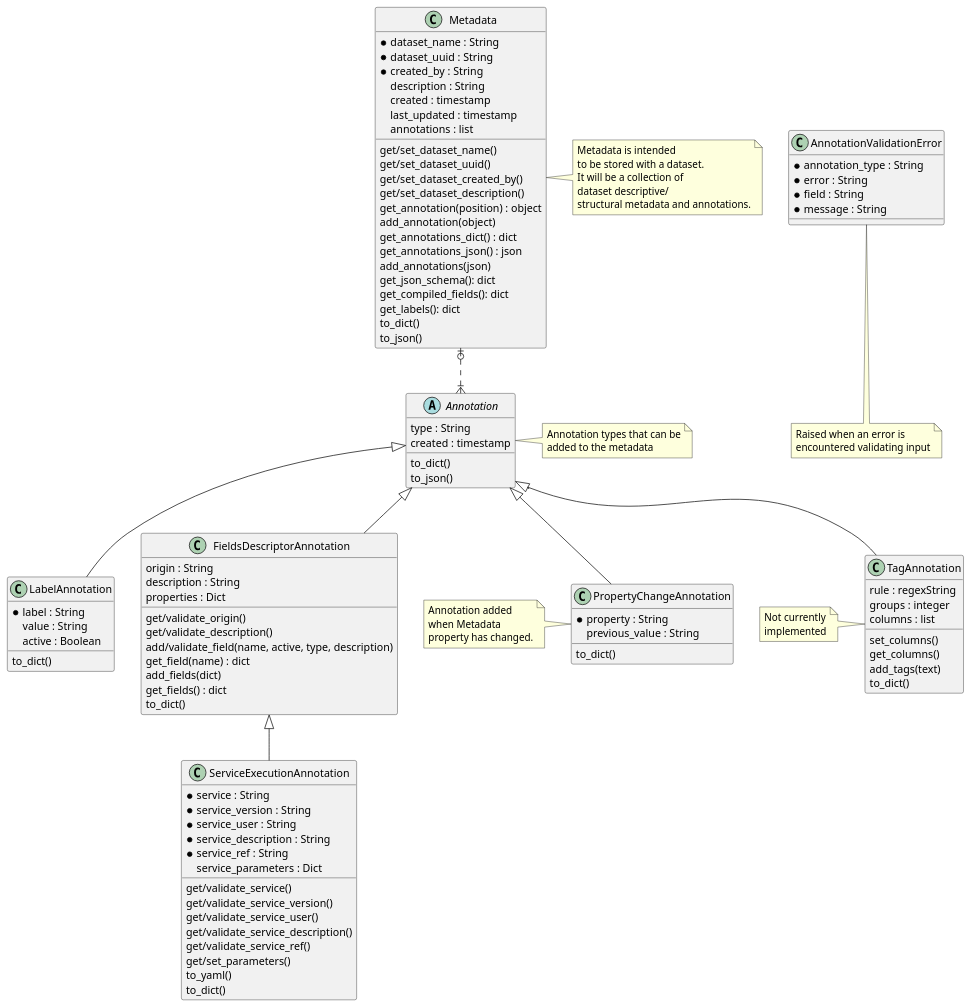
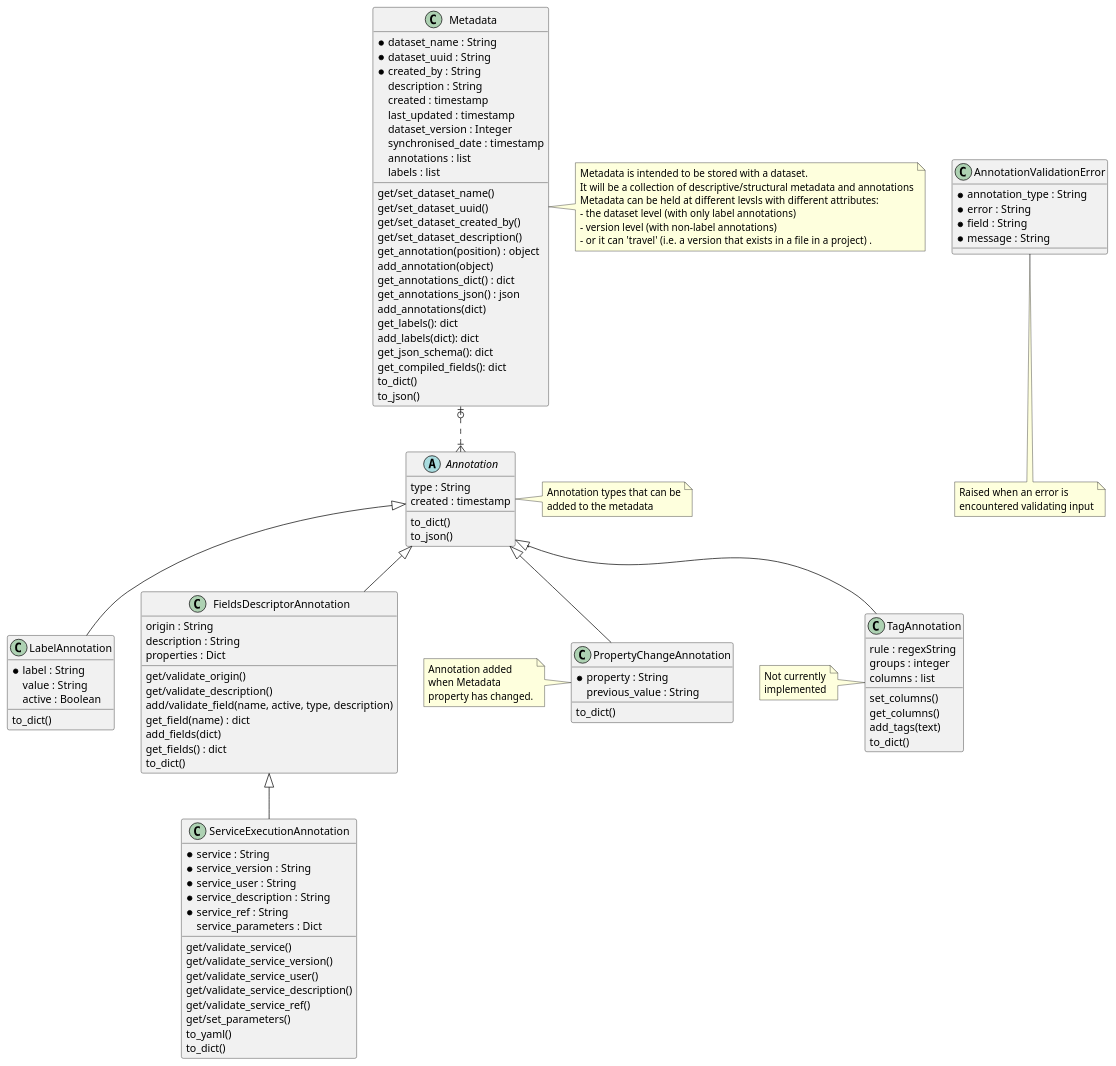
Before and after one commit to InformaticsMatters/squonk2-data-manager-metadata: the diagram in docs/data-manager-metadata.puml, drawn with PlantUML. The commit also changed 6 other files, not shown here.

```diff
--- a/docs/data-manager-metadata.puml
+++ b/docs/data-manager-metadata.puml
@@ -1,105 +1,109 @@
 @startuml
 class Metadata {
     *dataset_name : String
     *dataset_uuid : String
     *created_by : String
     description : String
     created : timestamp
     last_updated : timestamp
+    dataset_version : Integer
+    synchronised_date : timestamp
     annotations : list
+    labels : list
     get/set_dataset_name()
     get/set_dataset_uuid()
     get/set_dataset_created_by()
     get/set_dataset_description()
     get_annotation(position) : object
     add_annotation(object)
     get_annotations_dict() : dict
     get_annotations_json() : json
-    add_annotations(json)
+    add_annotations(dict)
+    get_labels(): dict
+    add_labels(dict): dict
     get_json_schema(): dict
     get_compiled_fields(): dict
-    get_labels(): dict
     to_dict()
     to_json()
 }
-note right: Metadata is intended\nto be stored with a dataset.\nIt will be a collection of\ndataset descriptive/\nstructural metadata and annotations.
+note right: Metadata is intended to be stored with a dataset.\nIt will be a collection of descriptive/structural metadata and annotations\nMetadata can be held at different levsls with different attributes:\n- the dataset level (with only label annotations)\n- version level (with non-label annotations)\n- or it can 'travel' (i.e. a version that exists in a file in a project)  .
 
 abstract class Annotation {
     type : String
     created : timestamp
     to_dict()
     to_json()
 }
 note right: Annotation types that can be\nadded to the metadata
 
 class PropertyChangeAnnotation {
     *property : String
     previous_value : String
     to_dict()
 }
 note left: Annotation added\nwhen Metadata\nproperty has changed.
 
 class LabelAnnotation {
     *label : String
     value : String
     active : Boolean
     to_dict()
 }
 
 class TagAnnotation {
     rule : regexString
     groups : integer
     columns : list
     set_columns()
     get_columns()
     add_tags(text)
     to_dict()
 }
 note left: Not currently\nimplemented
 
 class FieldsDescriptorAnnotation {
     origin : String
     description : String
     properties : Dict
     get/validate_origin()
     get/validate_description()
     add/validate_field(name, active, type, description)
     get_field(name) : dict
     add_fields(dict)
     get_fields() : dict
     to_dict()
 }
 
 class ServiceExecutionAnnotation {
     *service : String
     *service_version : String
     *service_user : String
     *service_description : String
     *service_ref : String
     service_parameters : Dict
     get/validate_service()
     get/validate_service_version()
     get/validate_service_user()
     get/validate_service_description()
     get/validate_service_ref()
     get/set_parameters()
     to_yaml()
     to_dict()
 }
 
 class AnnotationValidationError  {
     *annotation_type : String
     *error : String
     *field : String
     *message : String
 }
 note bottom: Raised when an error is\nencountered validating input
 
 
 Metadata  |o..|{   Annotation
 Annotation <|-- LabelAnnotation
 Annotation <|-- PropertyChangeAnnotation
 Annotation <|-- FieldsDescriptorAnnotation
 FieldsDescriptorAnnotation <|-- ServiceExecutionAnnotation
 Annotation <|-- TagAnnotation
 @enduml
```
